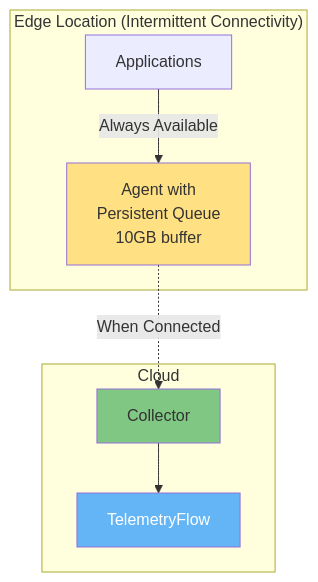
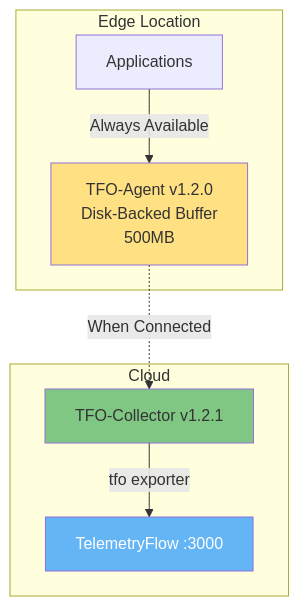
Diagram 11 of 12 in tfo-otel/ARCHITECTURE.md (telemetryflow/telemetryflow-overview), drawn with Mermaid before and after one commit. The commit also changed other lines of this file and 68 other files, not shown here.

````diff
--- a/tfo-otel/ARCHITECTURE.md
+++ b/tfo-otel/ARCHITECTURE.md
@@ -560,20 +499,20 @@
 ```mermaid
 graph TB
-    subgraph "Edge Location (Intermittent Connectivity)"
+    subgraph "Edge Location"
         APP[Applications]
-        AGENT[Agent with<br/>Persistent Queue<br/>10GB buffer]
+        AGENT[TFO-Agent v1.2.0<br/>Disk-Backed Buffer<br/>500MB]
     end
 
     subgraph "Cloud"
-        COLLECTOR[Collector]
-        TFO[TelemetryFlow]
+        COLLECTOR[TFO-Collector v1.2.1]
+        TFO[TelemetryFlow :3000]
     end
 
     APP -->|Always Available| AGENT
     AGENT -.->|When Connected| COLLECTOR
-    COLLECTOR --> TFO
+    COLLECTOR -->|tfo exporter| TFO
 
     style AGENT fill:#FFE082
     style COLLECTOR fill:#81C784
     style TFO fill:#64B5F6,color:#fff
 ```
````
